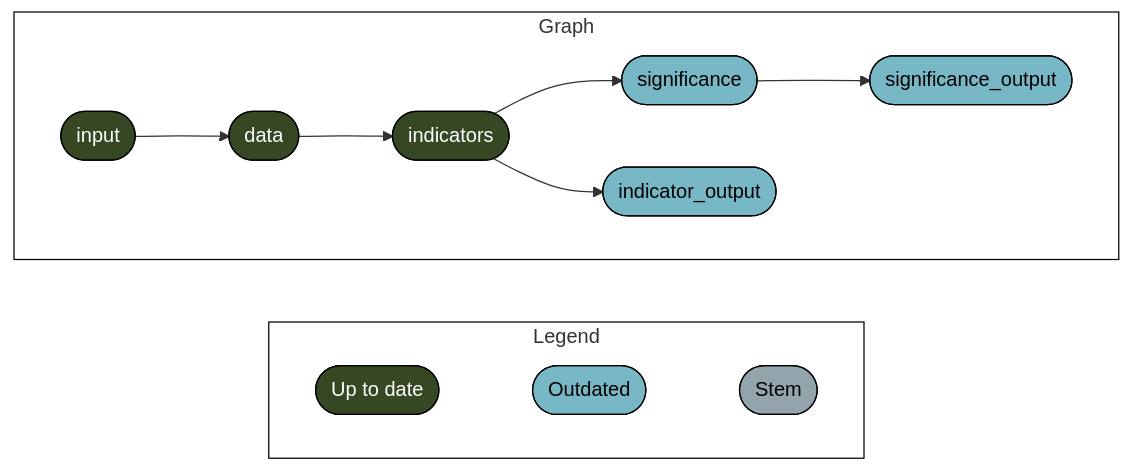
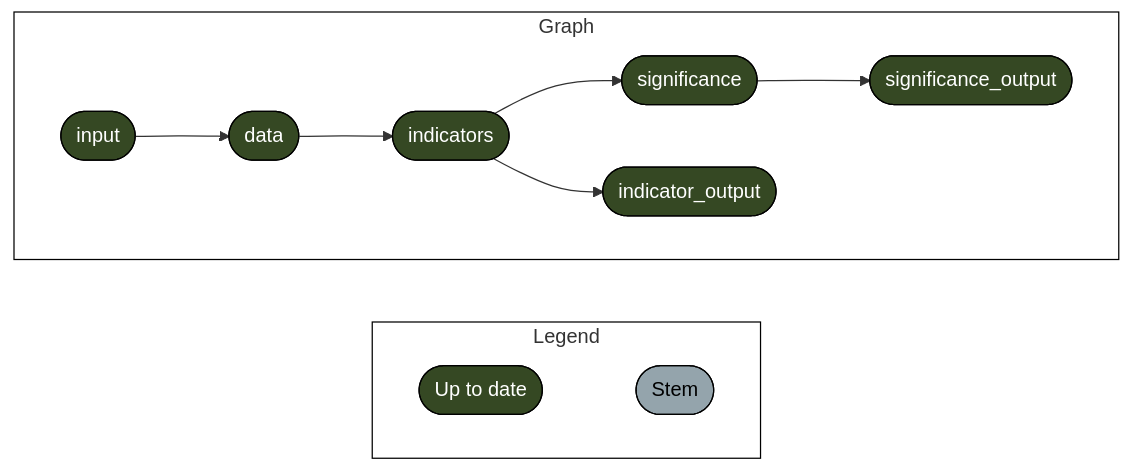
Before and after one commit to mapme-initiative/disclosure-report: the diagram in README.md, drawn with Mermaid.

Commit message:
render readme

````diff
--- a/README.md
+++ b/README.md
@@ -16,23 +16,20 @@
 ``` mermaid
 graph LR
   style Legend fill:#FFFFFF00,stroke:#000000;
   style Graph fill:#FFFFFF00,stroke:#000000;
   subgraph Legend
     direction LR
-    xf1522833a4d242c5([""Up to date""]):::uptodate --- x2db1ec7a48f65a9b([""Outdated""]):::outdated
-    x2db1ec7a48f65a9b([""Outdated""]):::outdated --- xd03d7c7dd2ddda2b([""Stem""]):::none
+    xf1522833a4d242c5([""Up to date""]):::uptodate --- xd03d7c7dd2ddda2b([""Stem""]):::none
   end
   subgraph Graph
     direction LR
-    xa538c4711b193115(["significance"]):::outdated --> x21a9e021e2a8eb5c(["significance_output"]):::outdated
-    x148bea66679381e8(["indicators"]):::uptodate --> xa538c4711b193115(["significance"]):::outdated
-    x148bea66679381e8(["indicators"]):::uptodate --> xd7196846cd1935c0(["indicator_output"]):::outdated
+    xa538c4711b193115(["significance"]):::uptodate --> x21a9e021e2a8eb5c(["significance_output"]):::uptodate
+    x148bea66679381e8(["indicators"]):::uptodate --> xa538c4711b193115(["significance"]):::uptodate
+    x148bea66679381e8(["indicators"]):::uptodate --> xd7196846cd1935c0(["indicator_output"]):::uptodate
     x9755545176a05140(["data"]):::uptodate --> x148bea66679381e8(["indicators"]):::uptodate
     x2ee4157c3daee3b7(["input"]):::uptodate --> x9755545176a05140(["data"]):::uptodate
   end
   classDef uptodate stroke:#000000,color:#ffffff,fill:#354823;
-  classDef outdated stroke:#000000,color:#000000,fill:#78B7C5;
   classDef none stroke:#000000,color:#000000,fill:#94a4ac;
   linkStyle 0 stroke-width:0px;
-  linkStyle 1 stroke-width:0px;
 ```
````
